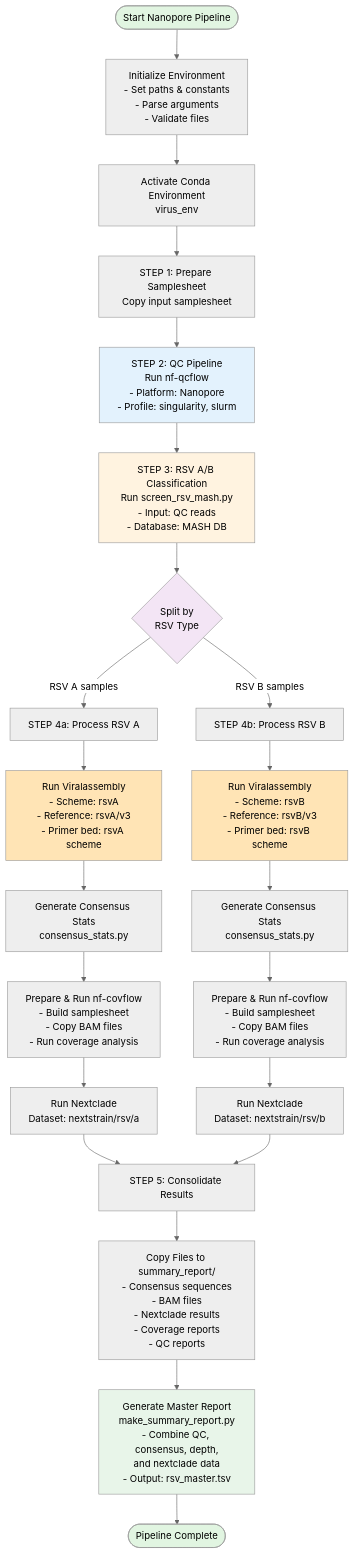
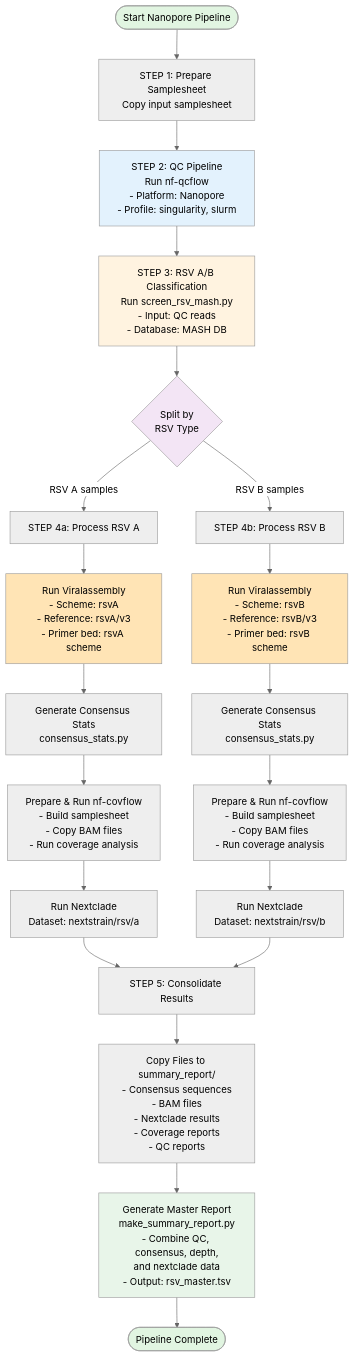
Before and after one commit to xiaoli-dong/rsv-analyzer: the second of 2 diagrams in README.md, drawn with Mermaid (neutral theme). The commit also changed other lines of this file, not shown here.

````diff
--- a/README.md
+++ b/README.md
@@ -68,48 +64,44 @@
 ```mermaid
 flowchart TD
-    Start2([Start Nanopore Pipeline]) --> Init2[Initialize Environment<br/>- Set paths & constants<br/>- Parse arguments<br/>- Validate files]
-    
-    Init2 --> Conda2[Activate Conda Environment<br/>virus_env]
-    
-    Conda2 --> Step1n[STEP 1: Prepare Samplesheet<br/>Copy input samplesheet]
+    Start2([Start Nanopore Pipeline]) --> Step1n[STEP 1: Prepare Samplesheet<br/>Copy input samplesheet]
     
     Step1n --> Step2n[STEP 2: QC Pipeline<br/>Run nf-qcflow<br/>- Platform: Nanopore<br/>- Profile: singularity, slurm]
     
     Step2n --> Step3n[STEP 3: RSV A/B Classification<br/>Run screen_rsv_mash.py<br/>- Input: QC reads<br/>- Database: MASH DB]
     
     Step3n --> Split2{Split by<br/>RSV Type}
     
     Split2 -->|RSV A samples| ProcessA2[STEP 4a: Process RSV A]
     Split2 -->|RSV B samples| ProcessB2[STEP 4b: Process RSV B]
     
     ProcessA2 --> VirA2[Run Viralassembly<br/>- Scheme: rsvA<br/>- Reference: rsvA/v3<br/>- Primer bed: rsvA scheme]
     
     ProcessB2 --> VirB2[Run Viralassembly<br/>- Scheme: rsvB<br/>- Reference: rsvB/v3<br/>- Primer bed: rsvB scheme]
     
     VirA2 --> StatsA2[Generate Consensus Stats<br/>consensus_stats.py]
     VirB2 --> StatsB2[Generate Consensus Stats<br/>consensus_stats.py]
     
     StatsA2 --> CovA2[Prepare & Run nf-covflow<br/>- Build samplesheet<br/>- Copy BAM files<br/>- Run coverage analysis]
     StatsB2 --> CovB2[Prepare & Run nf-covflow<br/>- Build samplesheet<br/>- Copy BAM files<br/>- Run coverage analysis]
     
     CovA2 --> NextA2[Run Nextclade<br/>Dataset: nextstrain/rsv/a]
     CovB2 --> NextB2[Run Nextclade<br/>Dataset: nextstrain/rsv/b]
     
     NextA2 --> Merge2[STEP 5: Consolidate Results]
     NextB2 --> Merge2
     
     Merge2 --> Copy2[Copy Files to summary_report/<br/>- Consensus sequences<br/>- BAM files<br/>- Nextclade results<br/>- Coverage reports<br/>- QC reports]
     
     Copy2 --> Final2[Generate Master Report<br/>make_summary_report.py<br/>- Combine QC, consensus, depth,<br/>and nextclade data<br/>- Output: rsv_master.tsv]
     
     Final2 --> End2([Pipeline Complete])
     
     style Start2 fill:#e1f5e1
     style End2 fill:#e1f5e1
     style Step2n fill:#e3f2fd
     style Step3n fill:#fff3e0
     style Split2 fill:#f3e5f5
     style VirA2 fill:#ffe4b5
     style VirB2 fill:#ffe4b5
     style Final2 fill:#e8f5e9
 ```
````
